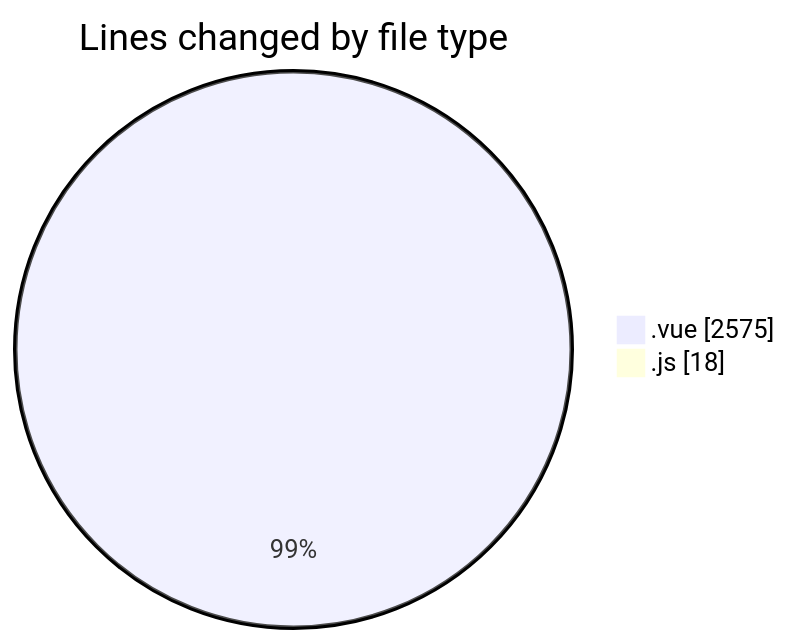
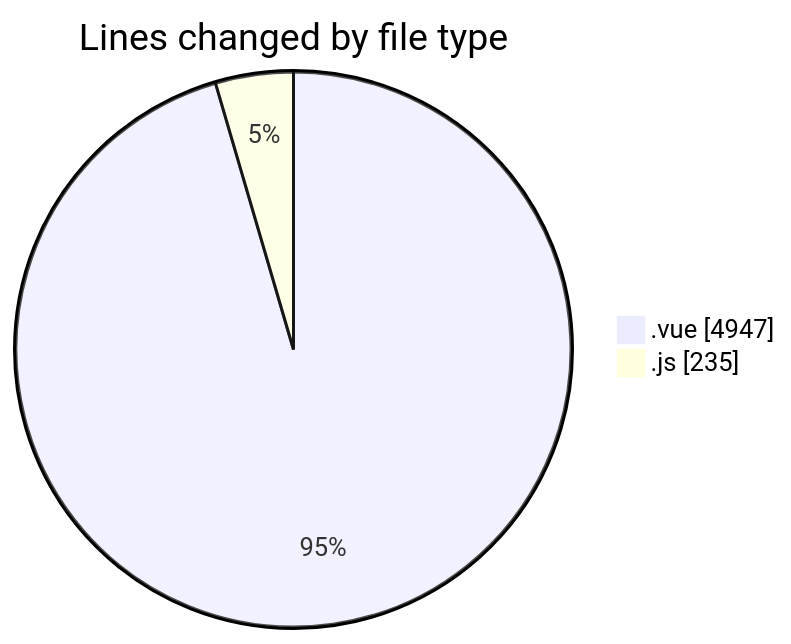
Before and after one commit to lephambinh05/code-tracking: the first of 2 diagrams in 2025-08-13/rentotp/README.md, drawn with Mermaid. The commit also changed other lines of this file and 1 other file, not shown here.

````diff
--- a/2025-08-13/rentotp/README.md
+++ b/2025-08-13/rentotp/README.md
@@ -28,6 +30,6 @@
 ```mermaid
 pie showData
 title Lines changed by file type
-".vue" : 2575
-".js" : 18
+".vue" : 4947
+".js" : 235
 ```
````
